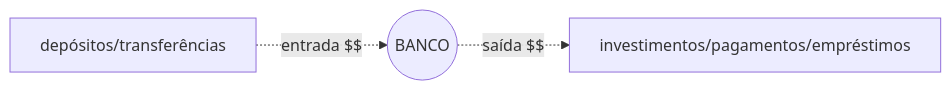
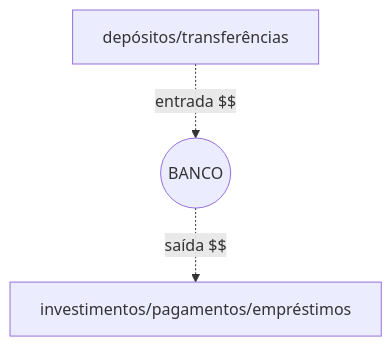
Before and after one commit to slrocker/investindows: the first of 3 diagrams in src/pages/markdown/financas/economia/mercado-interbancario.md, drawn with Mermaid. The commit also changed 11 other files, not shown here.

````diff
--- a/src/pages/markdown/financas/economia/mercado-interbancario.md
+++ b/src/pages/markdown/financas/economia/mercado-interbancario.md
@@ -21,7 +21,7 @@
 ```mermaid
-graph LR
+graph TD
     A[depósitos/transferências] -. entrada $$ .-> B((BANCO))
     B -. saída $$ .-> C[investimentos/pagamentos/empréstimos]
       
     
 ```
````
